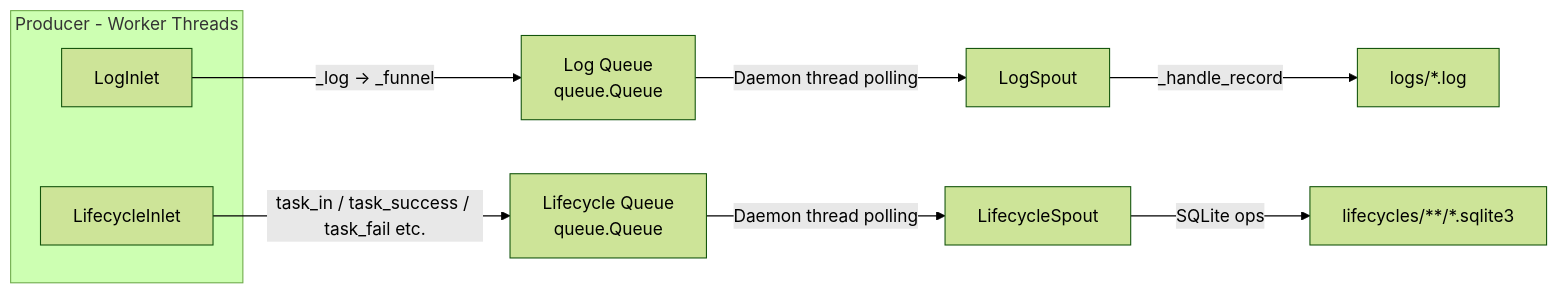
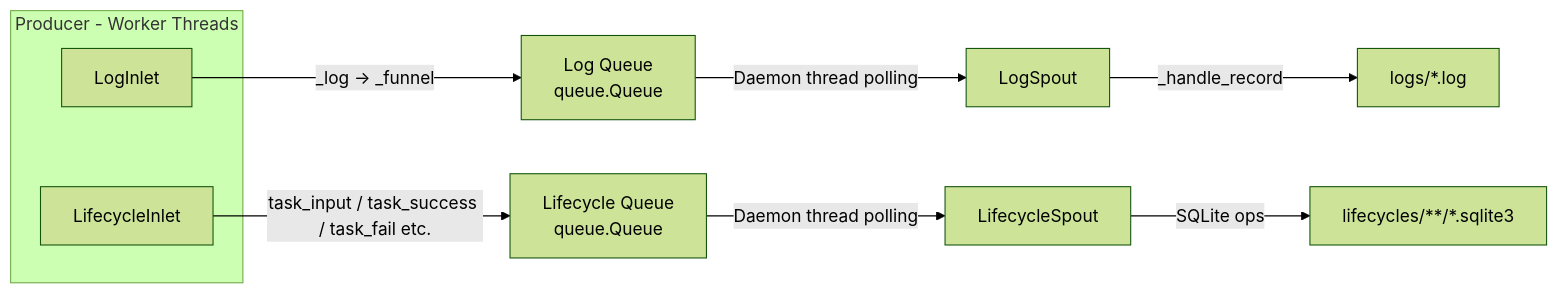
The diagram in docs/en/src/persistence/__init__.md (Mr-xiaotian/CelestialFlow), drawn with Mermaid (forest theme) before and after one commit. The commit also changed other lines of this file and 181 other files, not shown here.

````diff
--- a/docs/en/src/persistence/__init__.md
+++ b/docs/en/src/persistence/__init__.md
@@ -79,16 +79,16 @@
 ```mermaid
 flowchart LR
     subgraph Producer[Producer - Worker Threads]
         LogInlet[LogInlet]
         LifecycleInlet[LifecycleInlet]
     end
 
     LogInlet -->|_log -> _funnel| LogQueue[Log Queue<br/>queue.Queue]
-    LifecycleInlet -->|task_in / task_success / task_fail etc.| LifecycleQueue[Lifecycle Queue<br/>queue.Queue]
+    LifecycleInlet -->|task_input / task_success / task_fail etc.| LifecycleQueue[Lifecycle Queue<br/>queue.Queue]
 
     LogQueue -->|Daemon thread polling| LogSpout[LogSpout]
     LifecycleQueue -->|Daemon thread polling| LifecycleSpout[LifecycleSpout]
 
     LogSpout -->|_handle_record| LogFile[logs/*.log]
     LifecycleSpout -->|SQLite ops| SQLiteFile[lifecycles/**/*.sqlite3]
 ```
````
